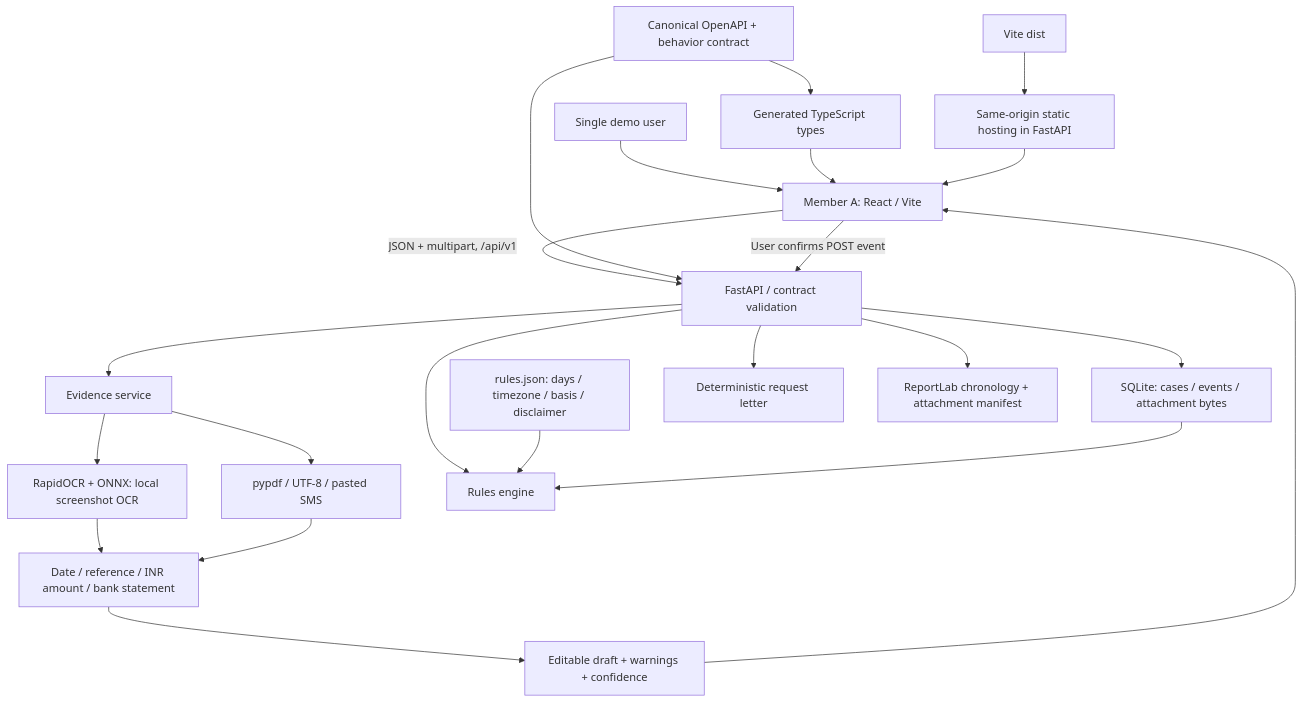
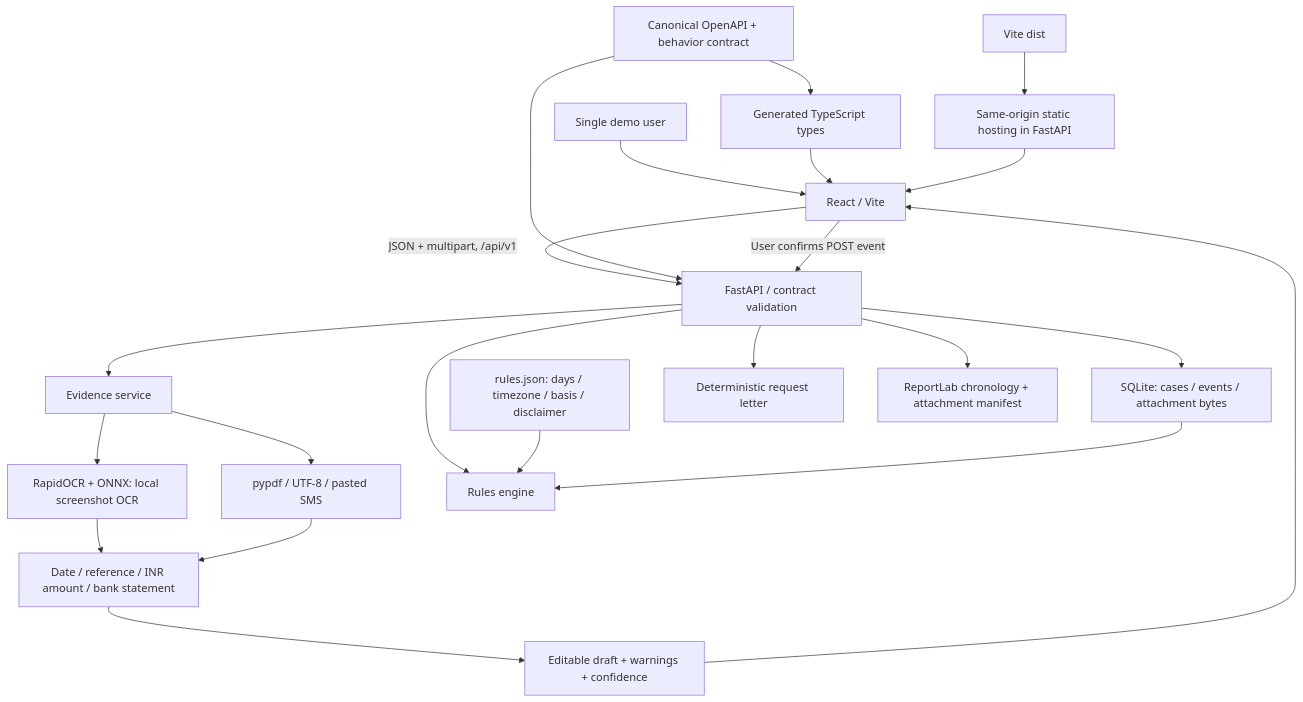
The first of 2 diagrams in docs/ARCHITECTURE.md (hxrshx247-creator/Dexathon_Prototype), drawn with Mermaid before and after one commit. The commit also changed 13 other files, not shown here.

````diff
--- a/docs/ARCHITECTURE.md
+++ b/docs/ARCHITECTURE.md
@@ -3,24 +3,24 @@
 ```mermaid
 flowchart TD
-    User[Single demo user] --> UI[Member A: React / Vite]
+    User[Single demo user] --> UI[React / Vite]
     UI -->|JSON + multipart, /api/v1| API[FastAPI / contract validation]
     Contract[Canonical OpenAPI + behavior contract] --> API
     Contract --> Types[Generated TypeScript types]
     Types --> UI
     API --> Store[SQLite: cases / events / attachment bytes]
     API --> Parser[Evidence service]
     Parser --> OCR[RapidOCR + ONNX: local screenshot OCR]
     Parser --> Text[pypdf / UTF-8 / pasted SMS]
     OCR --> Extract[Date / reference / INR amount / bank statement]
     Text --> Extract
     Extract --> Draft[Editable draft + warnings + confidence]
     Draft --> UI
     UI -->|User confirms POST event| API
     API --> Rules[Rules engine]
     Config[rules.json: days / timezone / basis / disclaimer] --> Rules
     Store --> Rules
     API --> Letter[Deterministic request letter]
     API --> PDF[ReportLab chronology + attachment manifest]
     Build[Vite dist] --> Server[Same-origin static hosting in FastAPI]
     Server --> UI
 ```
````
